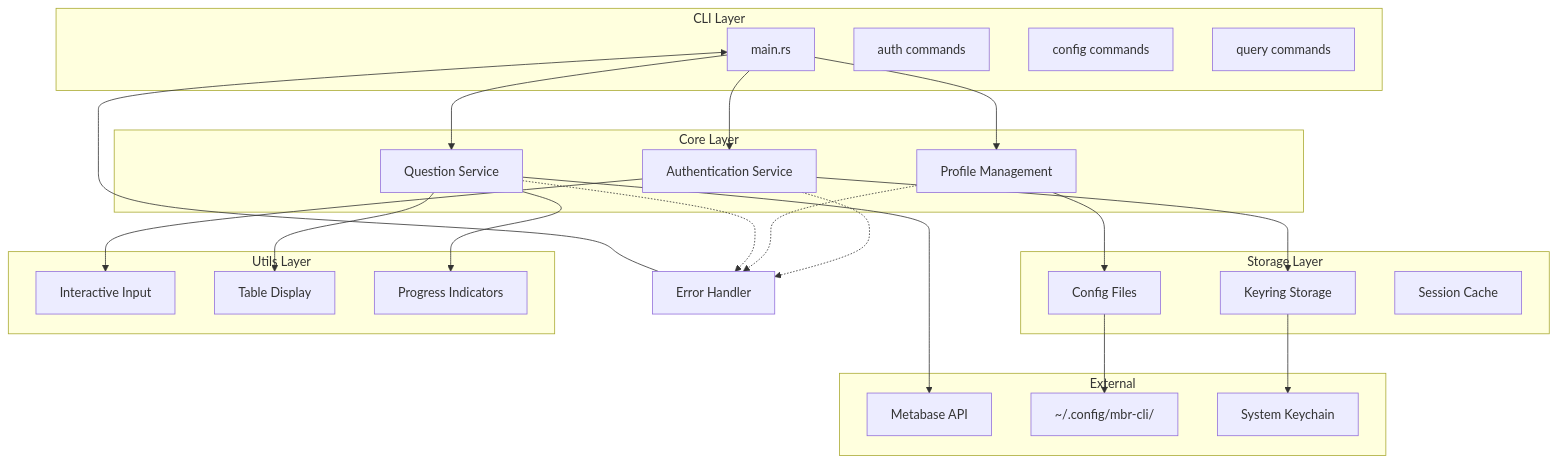
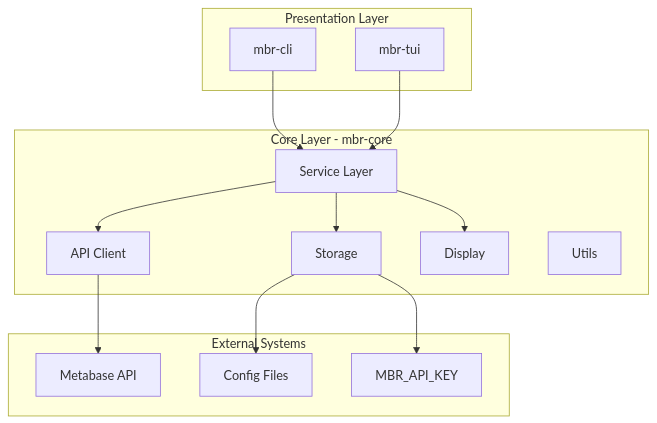
Before and after one commit to daisuke8000/mbr-cli: the first of 6 diagrams in ARCHITECTURE.md, drawn with Mermaid. The commit also changed other lines of this file and 1 other file, not shown here.

First line of the commit message:
docs: update README and ARCHITECTURE for 3-crate workspace (#64)

````diff
--- a/ARCHITECTURE.md
+++ b/ARCHITECTURE.md
@@ -5,54 +5,32 @@
 ```mermaid
 graph TB
-    subgraph "CLI Layer"
-        CLI[main.rs]
-        Auth[auth commands]
-        Config[config commands]
-        Query[query commands]
+    subgraph Presentation["Presentation Layer"]
+        CLI[mbr-cli]
+        TUI[mbr-tui]
     end
-    
-    subgraph "Core Layer"
-        AuthCore[Authentication Service]
-        ProfileCore[Profile Management]
-        QuestionCore[Question Service]
+
+    subgraph Core["Core Layer - mbr-core"]
+        Services[Service Layer]
+        API[API Client]
+        Storage[Storage]
+        Display[Display]
+        Utils[Utils]
     end
-    
-    subgraph "Storage Layer"
-        ConfigStore[Config Files]
-        SecureStore[Keyring Storage]
-        SessionStore[Session Cache]
+
+    subgraph External["External Systems"]
+        Metabase[Metabase API]
+        FileSystem[Config Files]
+        EnvVar[MBR_API_KEY]
     end
-    
-    subgraph "Utils Layer"
-        Interactive[Interactive Input]
-        Display[Table Display]
-        Progress[Progress Indicators]
-    end
-    
-    subgraph "External"
-        Metabase[Metabase API]
-        FileSystem[~/.config/mbr-cli/]
-        Keychain[System Keychain]
-    end
-    
-    CLI --> AuthCore
-    CLI --> ProfileCore
-    CLI --> QuestionCore
-    
-    AuthCore --> SecureStore
-    ProfileCore --> ConfigStore
-    QuestionCore --> Metabase
-    
-    ConfigStore --> FileSystem
-    SecureStore --> Keychain
-    
-    AuthCore --> Interactive
-    QuestionCore --> Display
-    QuestionCore --> Progress
-    
-    %% Error Flow
-    AuthCore -.-> ErrorHandler[Error Handler]
-    ProfileCore -.-> ErrorHandler
-    QuestionCore -.-> ErrorHandler
-    ErrorHandler --> CLI
+
+    CLI --> Services
+    TUI --> Services
+
+    Services --> API
+    Services --> Storage
+    Services --> Display
+
+    API --> Metabase
+    Storage --> FileSystem
+    Storage --> EnvVar
 ```
````
